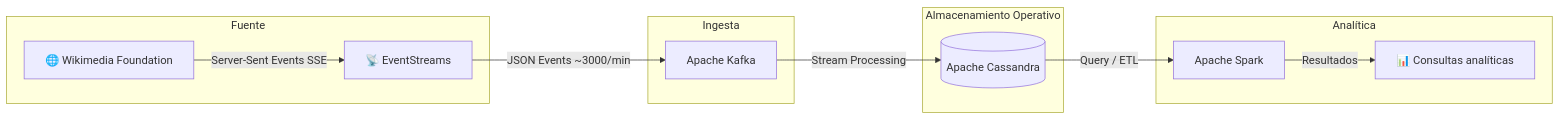
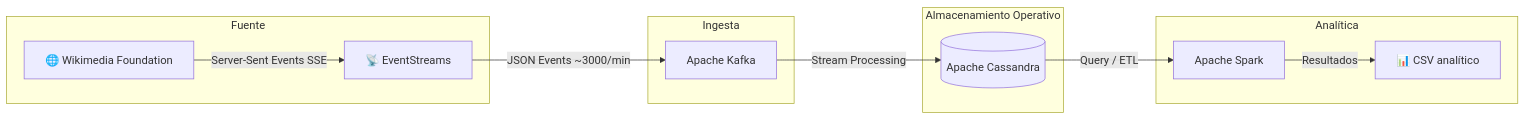
The diagram in README.md (bdnr-proyecto-final/ProyectoFinal-Eqp1), drawn with Mermaid before and after one commit. The commit also changed other lines of this file and 2 other files, not shown here.

````diff
--- a/README.md
+++ b/README.md
@@ -39,26 +33,26 @@
 ```mermaid
 flowchart LR
     A[🌐 Wikimedia Foundation] -->|Server-Sent Events SSE| B[📡 EventStreams]
     B -->|JSON Events ~3000/min| C[Apache Kafka]
     C -->|Stream Processing| D[(Apache Cassandra)]
     D -->|Query / ETL| E[Apache Spark]
-    E -->|Resultados| F[📊 Consultas analíticas]
+    E -->|Resultados| F[📊 CSV analítico]
 
     subgraph Fuente
         A
         B
     end
 
     subgraph Ingesta
         C
     end
 
     subgraph Almacenamiento Operativo
         D
     end
 
     subgraph Analítica
         E
         F
     end
 ```
````
